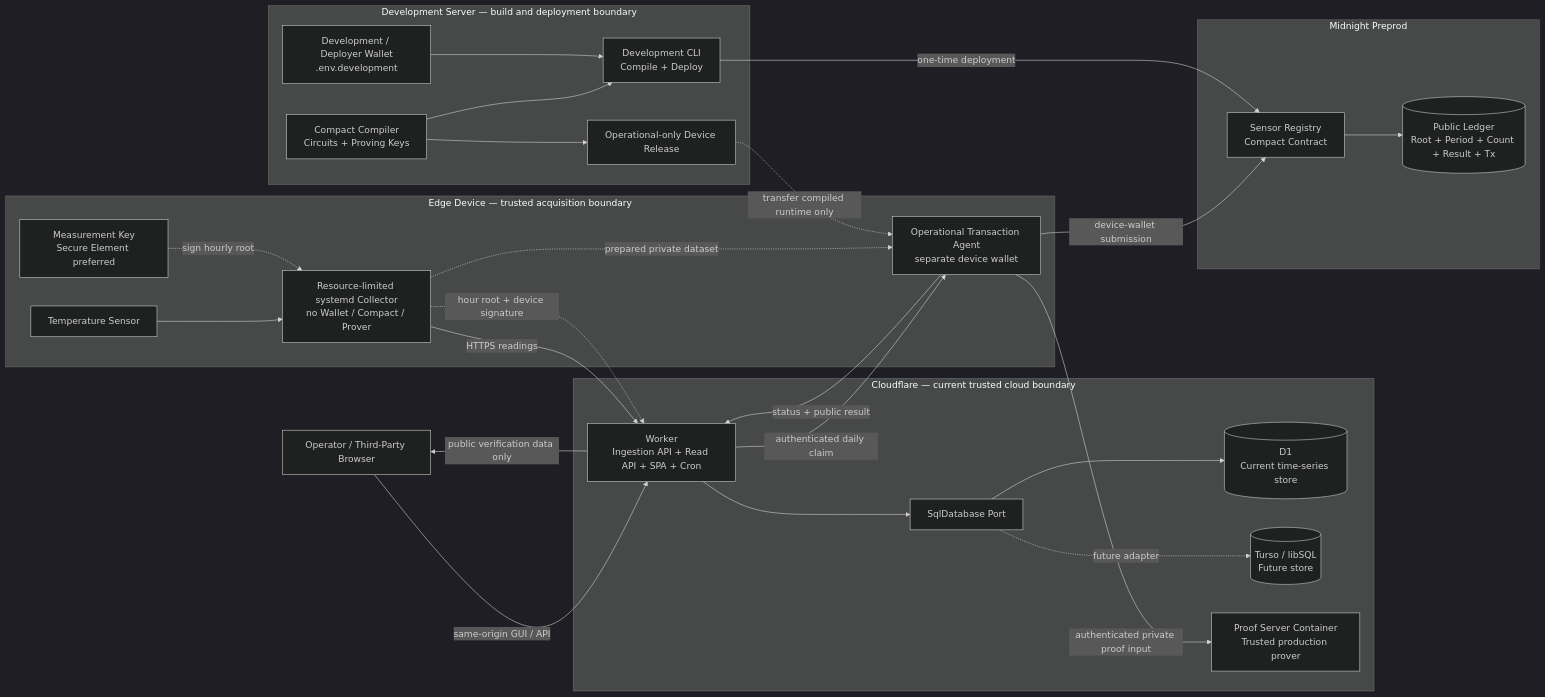
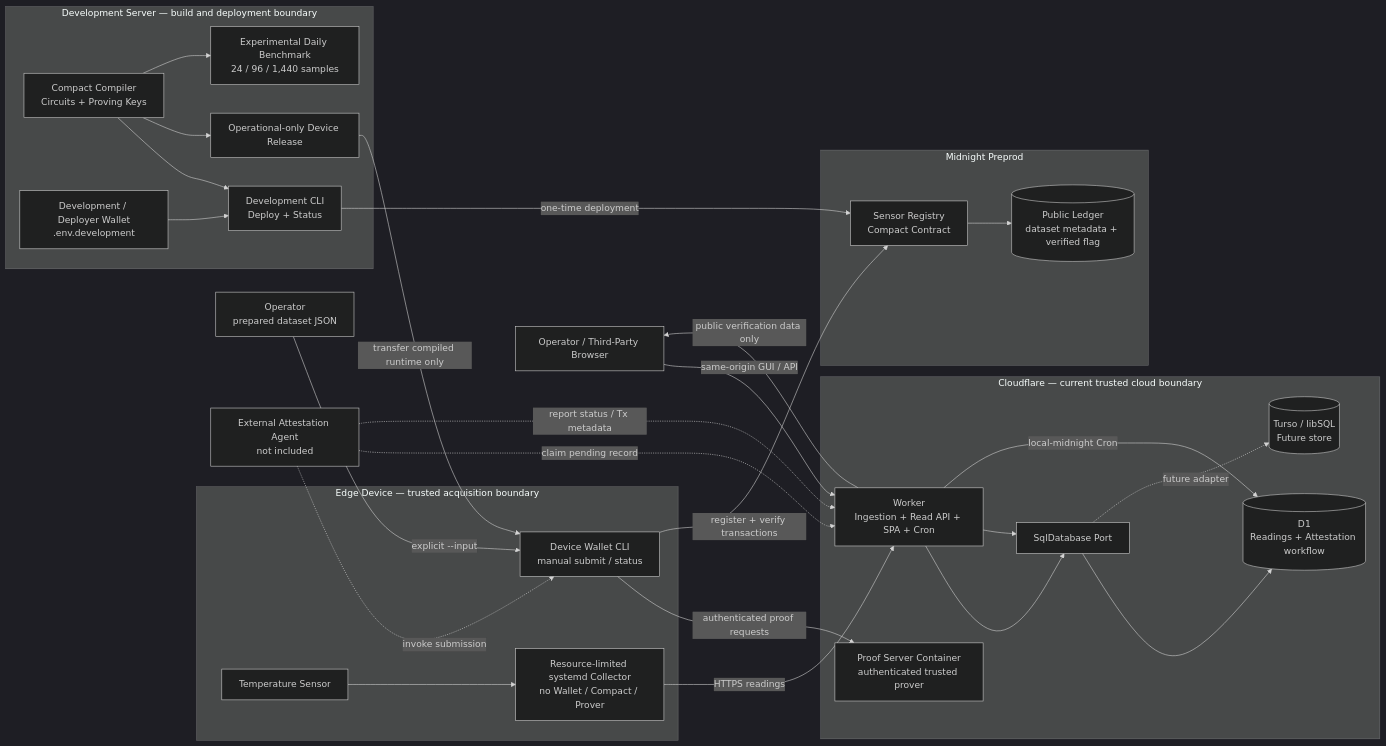
One commit to commun-platform/midnight_buildathons_bacchili changed the first of 2 diagrams in docs/system_architecture.md. Above: the diagram before and after it, drawn with Mermaid (dark theme). The commit also changed other lines of this file and 1 other file, not shown here.

Commit message:
docs(architecture): reflect implemented proof flow

````diff
--- a/docs/system_architecture.md
+++ b/docs/system_architecture.md
@@ -9,55 +9,59 @@
 ```mermaid
 flowchart LR
     Browser["Operator / Third-Party Browser"]
+    OperatorInput["Operator<br/>prepared dataset JSON"]
+    ExternalAgent["External Attestation Agent<br/>not included"]
 
     subgraph Edge["Edge Device — trusted acquisition boundary"]
         Sensor["Temperature Sensor"]
         Collector["Resource-limited systemd Collector<br/>no Wallet / Compact / Prover"]
-        DeviceAgent["Operational Transaction Agent<br/>separate device wallet"]
-        Signer["Measurement Key<br/>Secure Element preferred"]
+        DeviceCLI["Device Wallet CLI<br/>manual submit / status"]
 
         Sensor --> Collector
-        Signer -. "sign hourly root" .-> Collector
-        Collector -. "prepared private dataset" .-> DeviceAgent
     end
 
-    subgraph Operator["Development Server — build and deployment boundary"]
+    subgraph Development["Development Server — build and deployment boundary"]
         Compiler["Compact Compiler<br/>Circuits + Proving Keys"]
         Release["Operational-only Device Release"]
-        Agent["Development CLI<br/>Compile + Deploy"]
+        Deployer["Development CLI<br/>Deploy + Status"]
+        Benchmark["Experimental Daily Benchmark<br/>24 / 96 / 1,440 samples"]
         Wallet["Development / Deployer Wallet<br/>.env.development"]
 
-        Compiler --> Agent
+        Compiler --> Deployer
         Compiler --> Release
-        Wallet --> Agent
+        Compiler --> Benchmark
+        Wallet --> Deployer
     end
 
     subgraph Cloudflare["Cloudflare — current trusted cloud boundary"]
-        Worker["Worker<br/>Ingestion API + Read API + SPA + Cron"]
+        Worker["Worker<br/>Ingestion + Read API + SPA + Cron"]
         StoragePort["SqlDatabase Port"]
-        D1[("D1<br/>Current time-series store")]
+        D1[("D1<br/>Readings + Attestation workflow")]
         Turso[("Turso / libSQL<br/>Future store")]
-        Container["Proof Server Container<br/>Trusted production prover"]
+        Container["Proof Server Container<br/>authenticated trusted prover"]
 
         Worker --> StoragePort
         StoragePort --> D1
         StoragePort -. "future adapter" .-> Turso
     end
 
     subgraph Midnight["Midnight Preprod"]
         Contract["Sensor Registry<br/>Compact Contract"]
-        PublicLedger[("Public Ledger<br/>Root + Period + Count + Result + Tx")]
+        PublicLedger[("Public Ledger<br/>dataset metadata + verified flag")]
         Contract --> PublicLedger
     end
 
     Collector -->|"HTTPS readings"| Worker
-    Collector -. "hour root + device signature" .-> Worker
     Browser -->|"same-origin GUI / API"| Worker
-    Worker -->|"authenticated daily claim"| DeviceAgent
-    DeviceAgent -->|"status + public result"| Worker
-    DeviceAgent -->|"authenticated private proof input"| Container
-    DeviceAgent -->|"device-wallet submission"| Contract
-    Agent -->|"one-time deployment"| Contract
-    Release -. "transfer compiled runtime only" .-> DeviceAgent
+    Worker --> StoragePort
+    Worker -->|"local-midnight Cron"| D1
+    OperatorInput -->|"explicit --input"| DeviceCLI
+    DeviceCLI -->|"authenticated proof requests"| Container
+    DeviceCLI -->|"register + verify transactions"| Contract
+    Deployer -->|"one-time deployment"| Contract
+    Release -->|"transfer compiled runtime only"| DeviceCLI
     Worker -->|"public verification data only"| Browser
+    ExternalAgent -. "claim pending record" .-> Worker
+    ExternalAgent -. "invoke submission" .-> DeviceCLI
+    ExternalAgent -. "report status / Tx metadata" .-> Worker
 ```
````
